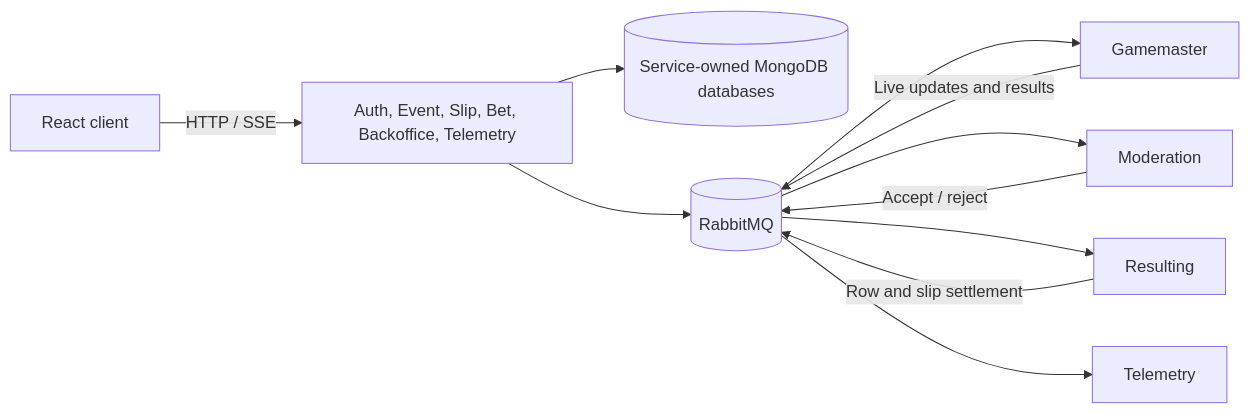
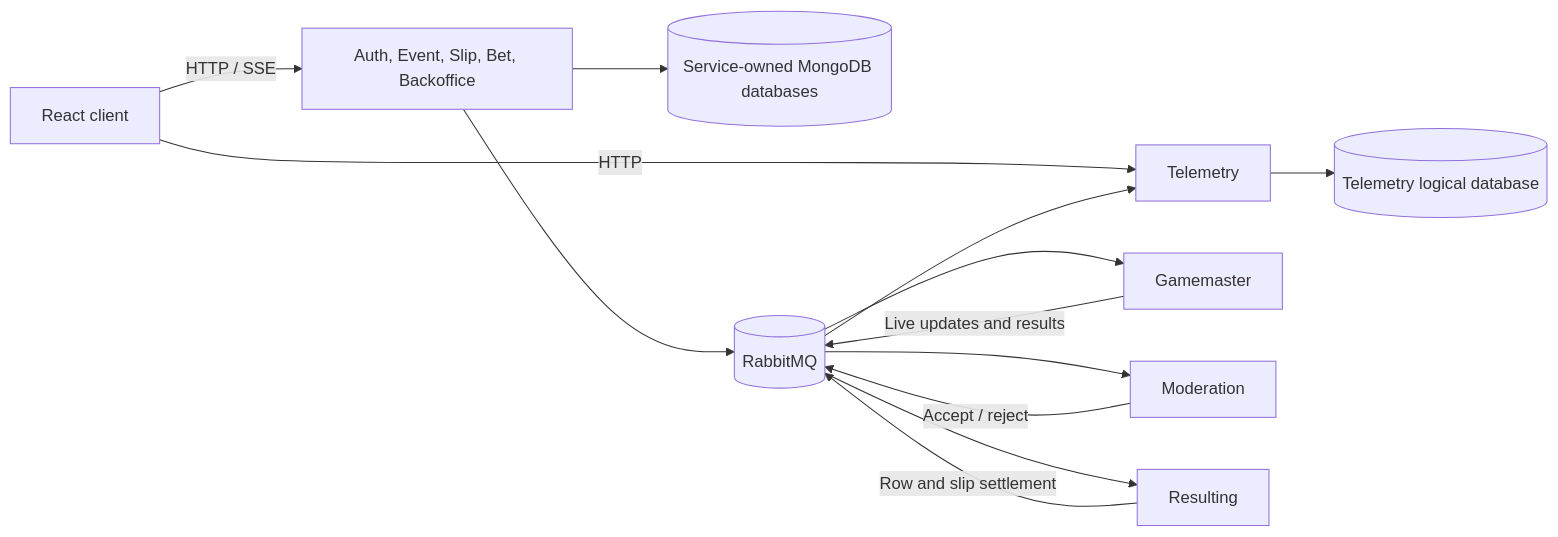
Before and after one commit to vasilyevstan/betstan: the diagram in README.md, drawn with Mermaid. The commit also changed other lines of this file and 23 other files, not shown here.

````diff
--- a/README.md
+++ b/README.md
@@ -32,13 +32,15 @@
 ```mermaid
 flowchart LR
-    Client[React client] -->|HTTP / SSE| APIs[Auth, Event, Slip, Bet, Backoffice, Telemetry]
+    Client[React client] -->|HTTP / SSE| APIs[Auth, Event, Slip, Bet, Backoffice]
+    Client -->|HTTP| Telemetry[Telemetry]
     APIs --> DB[(Service-owned MongoDB databases)]
     APIs --> Bus[(RabbitMQ)]
     Bus --> GM[Gamemaster]
     Bus --> Mod[Moderation]
     Bus --> Resulting[Resulting]
     GM -->|Live updates and results| Bus
     Mod -->|Accept / reject| Bus
     Resulting -->|Row and slip settlement| Bus
-    Bus --> Telemetry[Telemetry]
+    Bus --> Telemetry
+    Telemetry --> TelemetryDB[(Telemetry logical database)]
 ```
````
